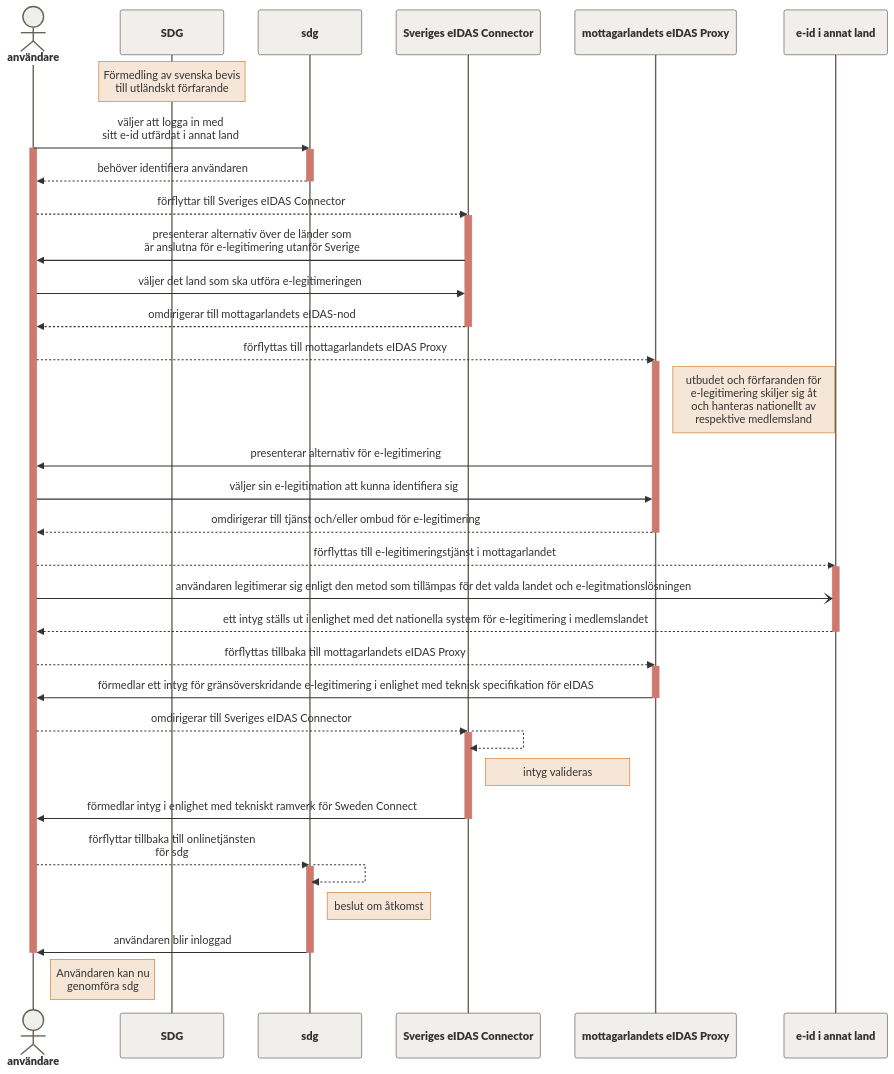
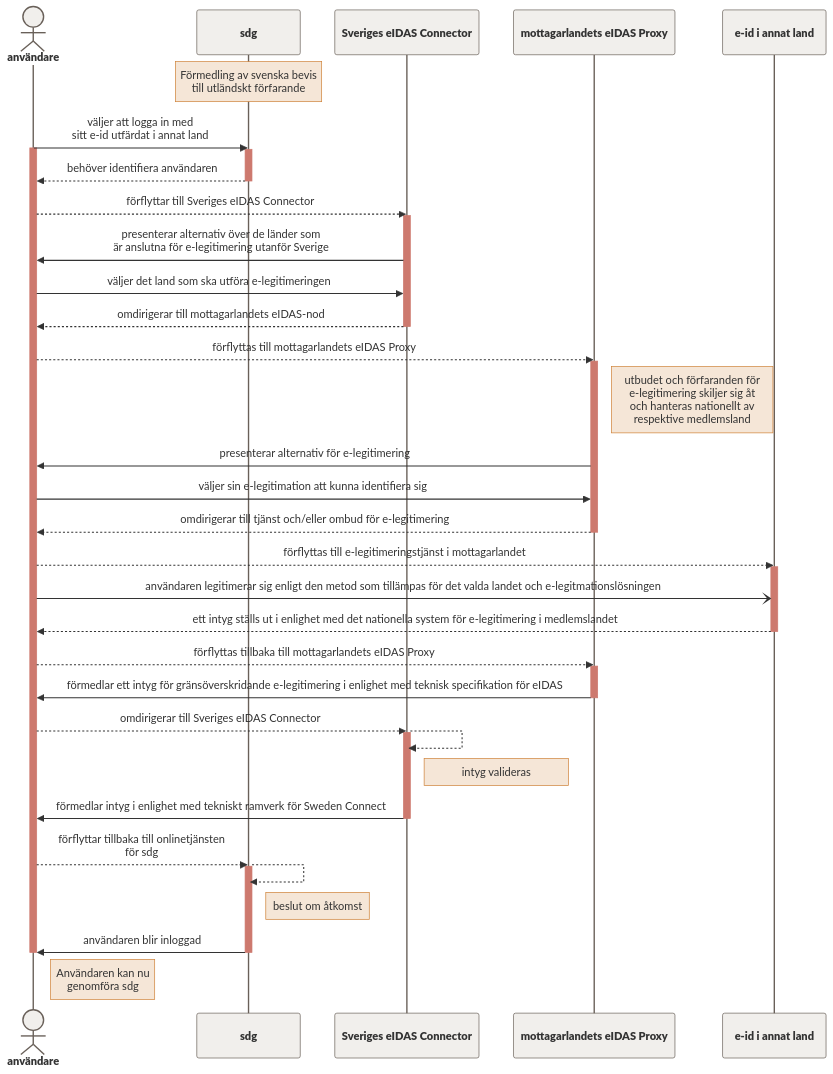
Before and after one commit to araskazemi/greenhouse: the diagram in login_oots.md, drawn with Mermaid.

````diff
--- a/login_oots.md
+++ b/login_oots.md
@@ -1,52 +1,52 @@
 ```mermaid
 
 %%{init: {'sequence': { 'mirrorActors': true, 'rightAngles': true, 'messageAlign': 'center', 'actorFontWeight': 900, 'actorFontSize': 18, 'noteFontWeight': 100, 'noteFontSize': 12}}}%%
 %%{init: {'theme': 'base', 'themeVariables': {'labelBoxBkgColor': '#F5F5F4', 'labelBoxBorderColor': '#998980', 'actorBorder': '#696059', 'actorBkg': '#F1EFEC', 'activationBorderColor': '#CD796E', 'activationBkgColor': '#CD796E', 'noteBkgColor': '#F5E6D7', 'noteBorderColor': '#CE8036'}}}%%
 
 sequenceDiagram
   actor användare
-  Note over SDG: Förmedling av svenska bevis<br />till utländskt förfarande
+  Note over sdg: Förmedling av svenska bevis<br />till utländskt förfarande
   användare->>sdg: väljer att logga in med<br />sitt e-id utfärdat i annat land
   activate användare
   activate sdg
   sdg-->>användare: behöver identifiera användaren
   deactivate sdg  
   användare-->>Sveriges eIDAS Connector: förflyttar till Sveriges eIDAS Connector
   activate Sveriges eIDAS Connector
   Sveriges eIDAS Connector->>användare: presenterar alternativ över de länder som<br />är anslutna för e-legitimering utanför Sverige
   användare->>Sveriges eIDAS Connector: väljer det land som ska utföra e-legitimeringen
   Sveriges eIDAS Connector-->>användare: omdirigerar till mottagarlandets eIDAS-nod
   deactivate Sveriges eIDAS Connector
   användare-->>mottagarlandets eIDAS Proxy: förflyttas till mottagarlandets eIDAS Proxy
   activate mottagarlandets eIDAS Proxy
   Note right of mottagarlandets eIDAS Proxy: utbudet och förfaranden för<br />e-legitimering skiljer sig åt<br />och hanteras nationellt av<br />respektive medlemsland
   mottagarlandets eIDAS Proxy->>användare: presenterar alternativ för e-legitimering
   användare->>mottagarlandets eIDAS Proxy: väljer sin e-legitimation att kunna identifiera sig
   mottagarlandets eIDAS Proxy-->>användare: omdirigerar till tjänst och/eller ombud för e-legitimering
   deactivate mottagarlandets eIDAS Proxy
   användare-->>e-id i annat land: förflyttas till e-legitimeringstjänst i mottagarlandet
   activate e-id i annat land
   användare-)e-id i annat land: användaren legitimerar sig enligt den metod som tillämpas för det valda landet och e-legitmationslösningen 
   e-id i annat land-->>användare: ett intyg ställs ut i enlighet med det nationella system för e-legitimering i medlemslandet
   deactivate e-id i annat land
   användare-->>mottagarlandets eIDAS Proxy: förflyttas tillbaka till mottagarlandets eIDAS Proxy
   activate mottagarlandets eIDAS Proxy
   mottagarlandets eIDAS Proxy->>användare: förmedlar ett intyg för gränsöverskridande e-legitimering i enlighet med teknisk specifikation för eIDAS
   deactivate mottagarlandets eIDAS Proxy
   användare-->>Sveriges eIDAS Connector: omdirigerar till Sveriges eIDAS Connector
   activate Sveriges eIDAS Connector
   Sveriges eIDAS Connector-->>Sveriges eIDAS Connector: 
   Note right of Sveriges eIDAS Connector: intyg valideras
   Sveriges eIDAS Connector->>användare: förmedlar intyg i enlighet med tekniskt ramverk för Sweden Connect
   deactivate Sveriges eIDAS Connector
   användare-->>sdg: förflyttar tillbaka till onlinetjänsten<br />för sdg
   activate sdg
   sdg-->>sdg: 
   Note right of sdg: beslut om åtkomst
   sdg->>användare: användaren blir inloggad
   deactivate sdg
   deactivate användare
   Note right of användare:  Användaren kan nu<br />genomföra sdg
   
 
 ```
````
